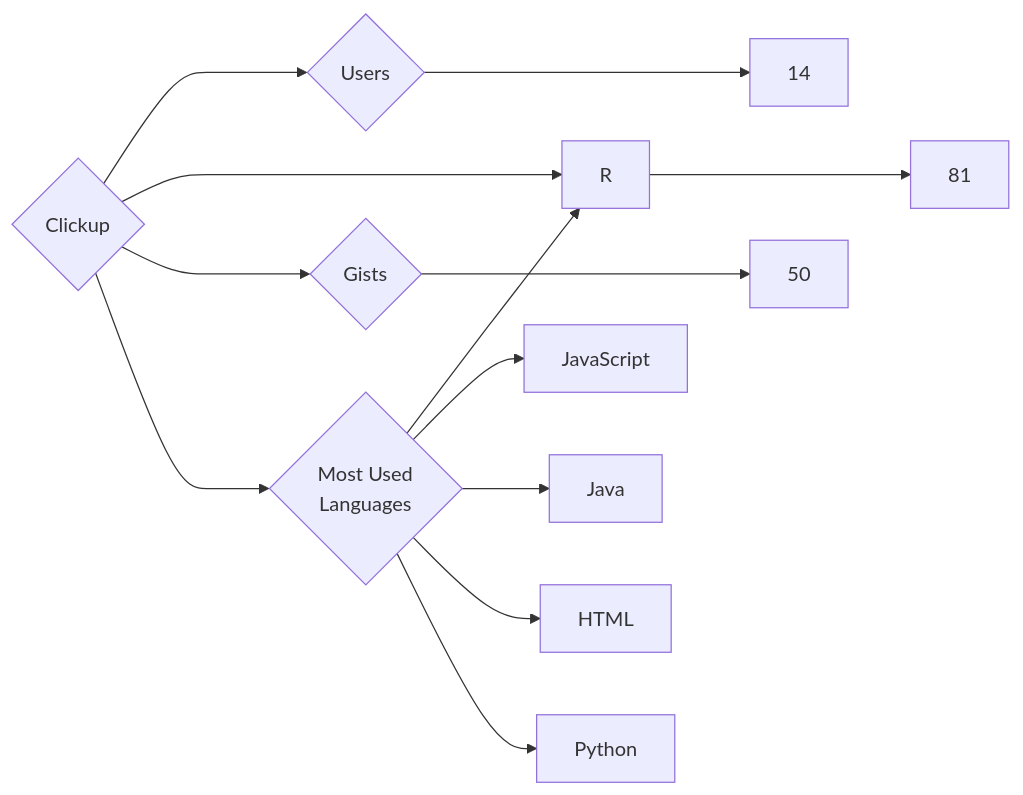
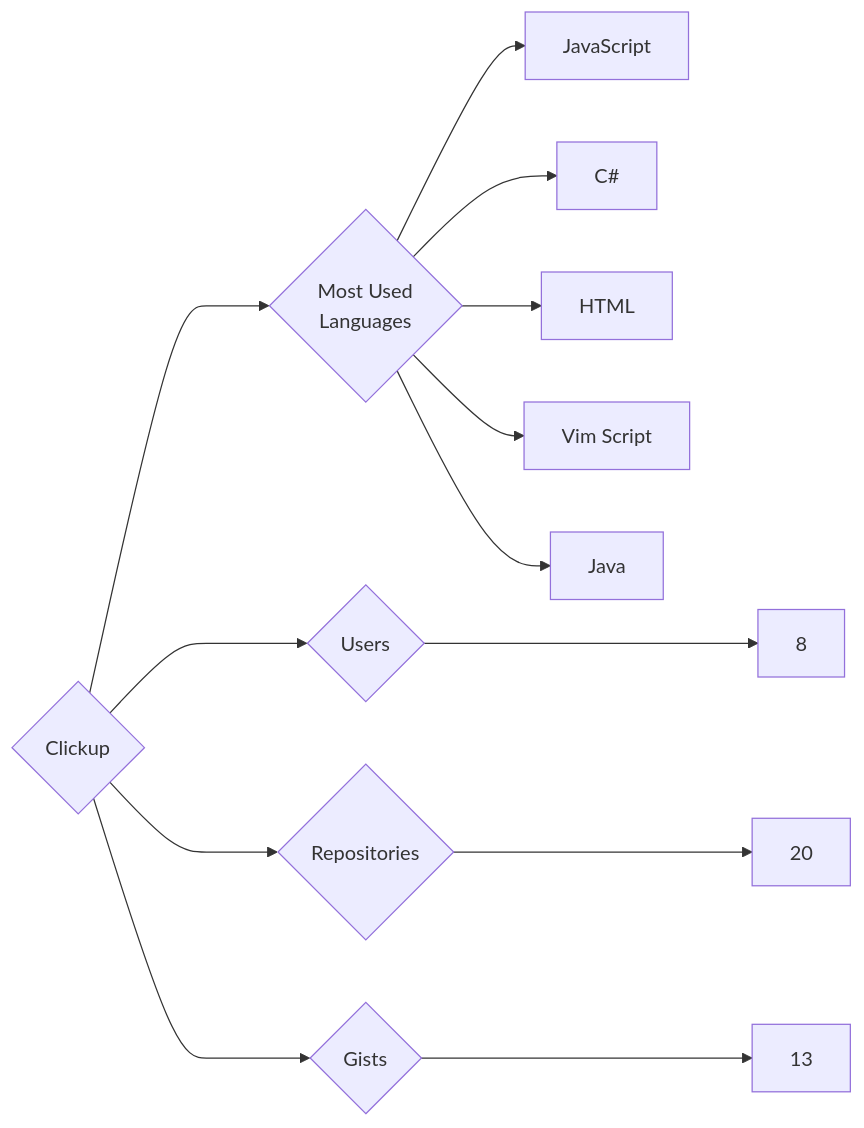
One commit to trickest/insiders changed the diagram in targets/Clickup/README.md. Above: the diagram before and after it, drawn with Mermaid. The commit also changed 1314 other files, not shown here.

````diff
--- a/targets/Clickup/README.md
+++ b/targets/Clickup/README.md
@@ -3,13 +3,13 @@
 ```mermaid
 graph LR
 COMPANY_NAME{Clickup}
-COMPANY_NAME ---> U{Users} ---> UN[14]
-COMPANY_NAME ---> R{Repositories} ---> RN[81]
-COMPANY_NAME ---> G{Gists} ---> GN[50]
+COMPANY_NAME ---> U{Users} ---> UN[8]
+COMPANY_NAME ---> R{Repositories} ---> RN[20]
+COMPANY_NAME ---> G{Gists} ---> GN[13]
 COMPANY_NAME ---> ML{Most Used<br>Languages}
-ML --> R[R]
 ML --> JavaScript[JavaScript]
+ML --> C#[C#]
+ML --> HTML[HTML]
+ML --> Vim_Script[Vim Script]
 ML --> Java[Java]
-ML --> HTML[HTML]
-ML --> Python[Python]
 ```
````
